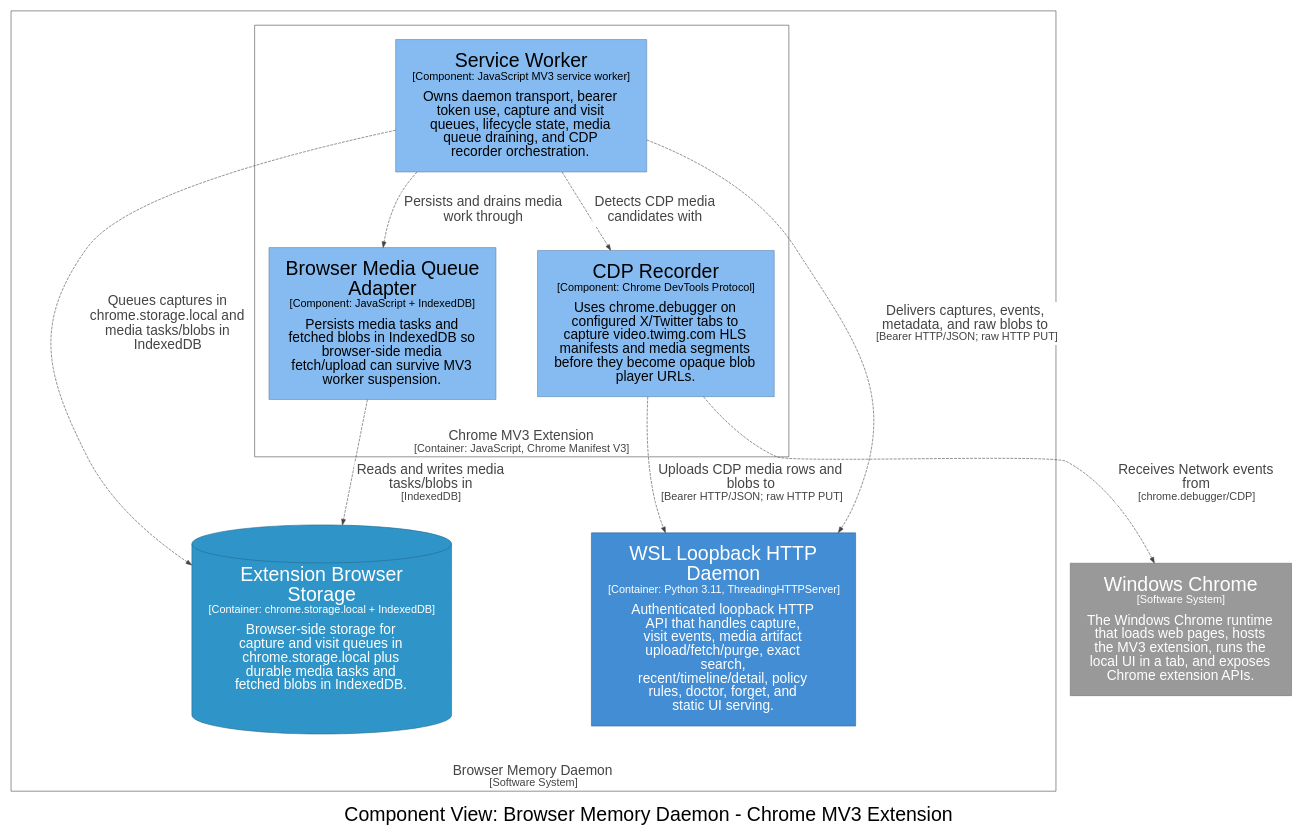
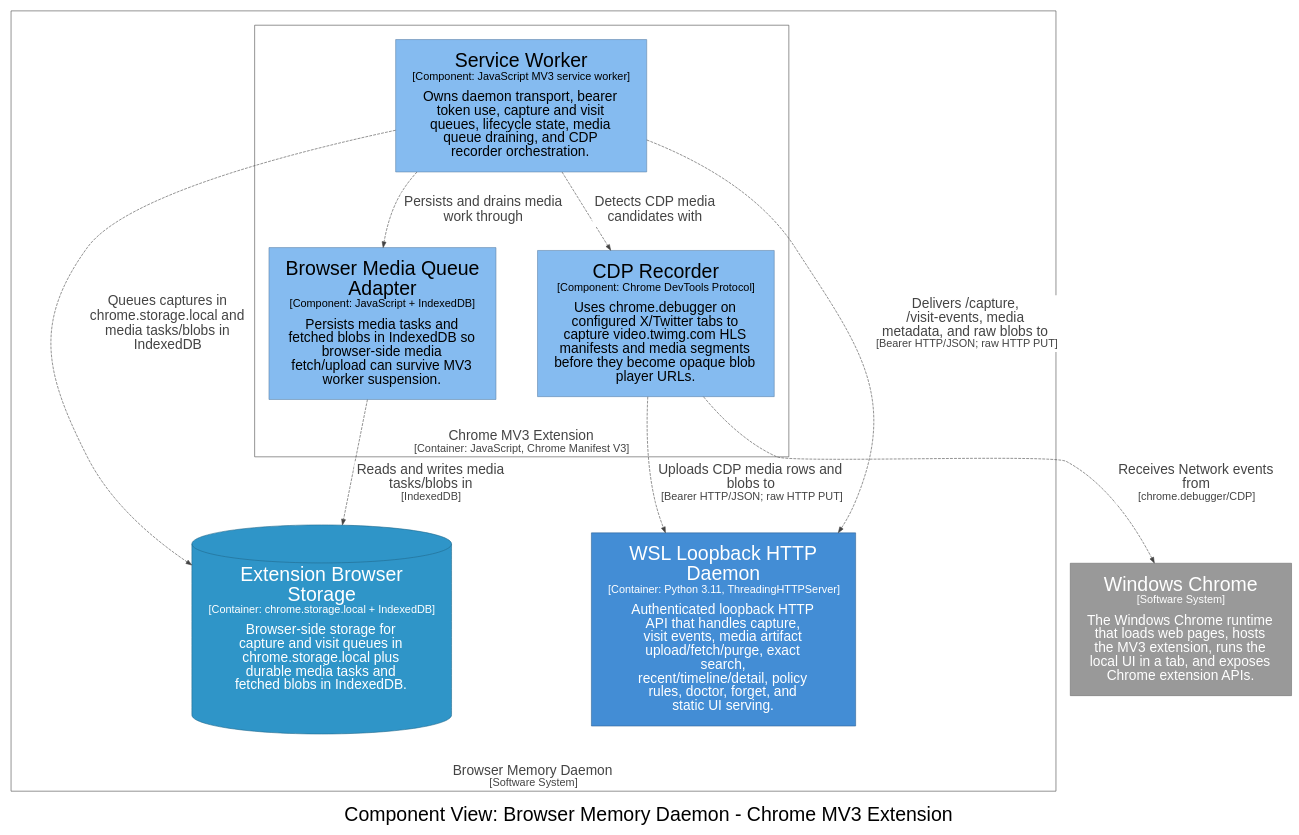
The diagram in architecture/diagrams/dot/structurizr-ExtensionMediaComponents.dot (michaelnicks0/browser-memory-daemon), drawn with Graphviz before and after one commit. The commit also changed 105 other files, not shown here.

Commit message:
docs: reconcile C4 and behavioral diagrams

```diff
--- a/architecture/diagrams/dot/structurizr-ExtensionMediaComponents.dot
+++ b/architecture/diagrams/dot/structurizr-ExtensionMediaComponents.dot
@@ -1,43 +1,43 @@
 digraph {
   compound=true
   graph [fontname="Arial", rankdir=TB, ranksep=1.0, nodesep=1.0]
   node [fontname="Arial", shape=box, margin="0.4,0.3"]
   edge [fontname="Arial"]
   label=<<br /><font point-size="34">Component View: Browser Memory Daemon - Chrome MV3 Extension</font>>
 
   2 [id=2,shape=rect, label=<<font point-size="34">Windows Chrome</font><br /><font point-size="19">[Software System]</font><br /><br /><font point-size="24">The Windows Chrome runtime<br />that loads web pages, hosts<br />the MV3 extension, runs the<br />local UI in a tab, and exposes<br />Chrome extension APIs.</font>>, style=filled, color="#6b6b6b", fillcolor="#999999", fontcolor="#ffffff"]
 
   subgraph cluster_4 {
     margin=25
     label=<<font point-size="24"><br />Browser Memory Daemon</font><br /><font point-size="19">[Software System]</font>>
     labelloc=b
     color="#444444"
     fontcolor="#444444"
     fillcolor="#444444"
 
     subgraph cluster_5 {
       margin=25
       label=<<font point-size="24"><br />Chrome MV3 Extension</font><br /><font point-size="19">[Container: JavaScript, Chrome Manifest V3]</font>>
       labelloc=b
       color="#444444"
       fontcolor="#444444"
       fillcolor="#444444"
 
       10 [id=10,shape=rect, label=<<font point-size="34">Browser Media Queue<br />Adapter</font><br /><font point-size="19">[Component: JavaScript + IndexedDB]</font><br /><br /><font point-size="24">Persists media tasks and<br />fetched blobs in IndexedDB so<br />browser-side media<br />fetch/upload can survive MV3<br />worker suspension.</font>>, style=filled, color="#5d82a8", fillcolor="#85bbf0", fontcolor="#000000"]
       11 [id=11,shape=rect, label=<<font point-size="34">CDP Recorder</font><br /><font point-size="19">[Component: Chrome DevTools Protocol]</font><br /><br /><font point-size="24">Uses chrome.debugger on<br />configured X/Twitter tabs to<br />capture video.twimg.com HLS<br />manifests and media segments<br />before they become opaque blob<br />player URLs.</font>>, style=filled, color="#5d82a8", fillcolor="#85bbf0", fontcolor="#000000"]
       9 [id=9,shape=rect, label=<<font point-size="34">Service Worker</font><br /><font point-size="19">[Component: JavaScript MV3 service worker]</font><br /><br /><font point-size="24">Owns daemon transport, bearer<br />token use, capture and visit<br />queues, lifecycle state, media<br />queue draining, and CDP<br />recorder orchestration.</font>>, style=filled, color="#5d82a8", fillcolor="#85bbf0", fontcolor="#000000"]
     }
 
     13 [id=13,shape=cylinder, label=<<font point-size="34">Extension Browser<br />Storage</font><br /><font point-size="19">[Container: chrome.storage.local + IndexedDB]</font><br /><br /><font point-size="24">Browser-side storage for<br />capture and visit queues in<br />chrome.storage.local plus<br />durable media tasks and<br />fetched blobs in IndexedDB.</font>>, style=filled, color="#20688c", fillcolor="#2f95c8", fontcolor="#ffffff"]
     14 [id=14,shape=rect, label=<<font point-size="34">WSL Loopback HTTP<br />Daemon</font><br /><font point-size="19">[Container: Python 3.11, ThreadingHTTPServer]</font><br /><br /><font point-size="24">Authenticated loopback HTTP<br />API that handles capture,<br />visit events, media artifact<br />upload/fetch/purge, exact<br />search,<br />recent/timeline/detail, policy<br />rules, doctor, forget, and<br />static UI serving.</font>>, style=filled, color="#2e6295", fillcolor="#438dd5", fontcolor="#ffffff"]
   }
 
   9 -> 13 [id=51, label=<<TABLE BORDER="0" CELLBORDER="0" CELLSPACING="0" CELLPADDING="4" BGCOLOR="white"><TR><TD><font point-size="24">Queues captures in<br />chrome.storage.local and<br />media tasks/blobs in<br />IndexedDB</font></TD></TR></TABLE>>, style="dashed", color="#444444", fontcolor="#444444"]
-  9 -> 14 [id=52, label=<<TABLE BORDER="0" CELLBORDER="0" CELLSPACING="0" CELLPADDING="4" BGCOLOR="white"><TR><TD><font point-size="24">Delivers captures, events,<br />metadata, and raw blobs to</font><br /><font point-size="19">[Bearer HTTP/JSON; raw HTTP PUT]</font></TD></TR></TABLE>>, style="dashed", color="#444444", fontcolor="#444444"]
+  9 -> 14 [id=52, label=<<TABLE BORDER="0" CELLBORDER="0" CELLSPACING="0" CELLPADDING="4" BGCOLOR="white"><TR><TD><font point-size="24">Delivers /capture,<br />/visit-events, media<br />metadata, and raw blobs to</font><br /><font point-size="19">[Bearer HTTP/JSON; raw HTTP PUT]</font></TD></TR></TABLE>>, style="dashed", color="#444444", fontcolor="#444444"]
   9 -> 10 [id=53, label=<<TABLE BORDER="0" CELLBORDER="0" CELLSPACING="0" CELLPADDING="4" BGCOLOR="white"><TR><TD><font point-size="24">Persists and drains media<br />work through</font></TD></TR></TABLE>>, style="dashed", color="#444444", fontcolor="#444444"]
   10 -> 13 [id=54, label=<<TABLE BORDER="0" CELLBORDER="0" CELLSPACING="0" CELLPADDING="4" BGCOLOR="white"><TR><TD><font point-size="24">Reads and writes media<br />tasks/blobs in</font><br /><font point-size="19">[IndexedDB]</font></TD></TR></TABLE>>, style="dashed", color="#444444", fontcolor="#444444"]
   9 -> 11 [id=55, label=<<TABLE BORDER="0" CELLBORDER="0" CELLSPACING="0" CELLPADDING="4" BGCOLOR="white"><TR><TD><font point-size="24">Detects CDP media<br />candidates with</font></TD></TR></TABLE>>, style="dashed", color="#444444", fontcolor="#444444"]
   11 -> 2 [id=57, label=<<TABLE BORDER="0" CELLBORDER="0" CELLSPACING="0" CELLPADDING="4" BGCOLOR="white"><TR><TD><font point-size="24">Receives Network events<br />from</font><br /><font point-size="19">[chrome.debugger/CDP]</font></TD></TR></TABLE>>, style="dashed", color="#444444", fontcolor="#444444"]
   11 -> 14 [id=58, label=<<TABLE BORDER="0" CELLBORDER="0" CELLSPACING="0" CELLPADDING="4" BGCOLOR="white"><TR><TD><font point-size="24">Uploads CDP media rows and<br />blobs to</font><br /><font point-size="19">[Bearer HTTP/JSON; raw HTTP PUT]</font></TD></TR></TABLE>>, style="dashed", color="#444444", fontcolor="#444444"]
 
 }
```
